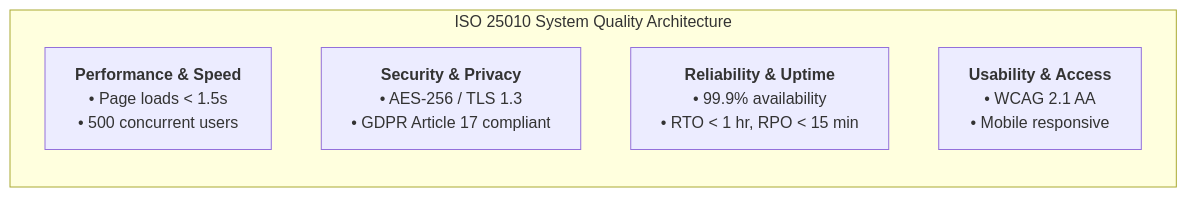
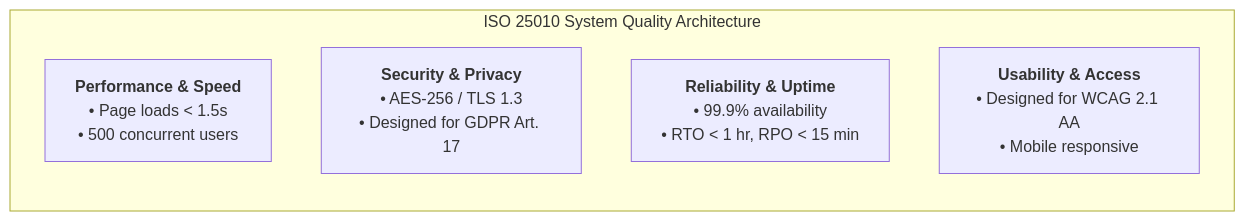
Before and after one commit to namrathach10/recruitment-ats-business-analysis: the second of 2 diagrams in docs/04-requirements.md, drawn with Mermaid. The commit also changed other lines of this file and 6 other files, not shown here.

Commit message:
refactor: address remaining review issues across README, Charter, AS-IS, Requirements, UML, Architecture, and Analytics

````diff
--- a/docs/04-requirements.md
+++ b/docs/04-requirements.md
@@ -127,9 +127,9 @@
 ```mermaid
 flowchart LR
     subgraph ISO 25010 System Quality Architecture
         Q1["<b>Performance & Speed</b><br/>• Page loads < 1.5s<br/>• 500 concurrent users"]
-        Q2["<b>Security & Privacy</b><br/>• AES-256 / TLS 1.3<br/>• GDPR Article 17 compliant"]
+        Q2["<b>Security & Privacy</b><br/>• AES-256 / TLS 1.3<br/>• Designed for GDPR Art. 17"]
         Q3["<b>Reliability & Uptime</b><br/>• 99.9% availability<br/>• RTO < 1 hr, RPO < 15 min"]
-        Q4["<b>Usability & Access</b><br/>• WCAG 2.1 AA<br/>• Mobile responsive"]
+        Q4["<b>Usability & Access</b><br/>• Designed for WCAG 2.1 AA<br/>• Mobile responsive"]
     end
 ```
````
